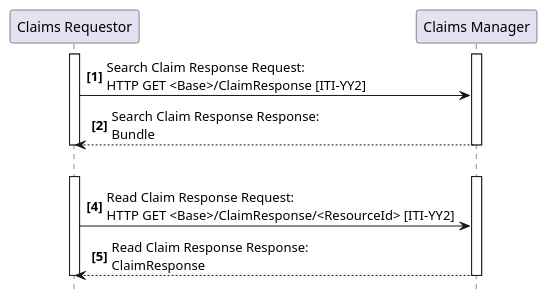
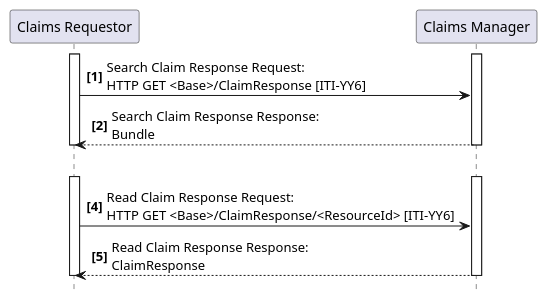
Before and after one commit to IHE/ITI.Finance: the diagram in input/images-source/ITI-YY6-seq.plantuml, drawn with PlantUML.

Commit message:
Update ITI-YY6-seq.plantuml
typos

```diff
--- a/input/images-source/ITI-YY6-seq.plantuml
+++ b/input/images-source/ITI-YY6-seq.plantuml
@@ -1,22 +1,22 @@
 @startuml
 skinparam svgDimensionStyle false
 hide footbox
 autonumber "<b>[0]"
 participant "Claims Requestor" as Req
 participant "Claims Manager" as Man
 activate Req
 activate Man
-Req -> Man : Search Claim Response Request:\nHTTP GET <Base>/ClaimResponse [ITI-YY2]
+Req -> Man : Search Claim Response Request:\nHTTP GET <Base>/ClaimResponse [ITI-YY6]
 Man --> Req : Search Claim Response Response:\nBundle
 deactivate Man
 deactivate Req
 
 Req -[hidden]> Man
 activate Req
 activate Man 
-Req -> Man : Read Claim Response Request:\nHTTP GET <Base>/ClaimResponse/<ResourceId> [ITI-YY2]
+Req -> Man : Read Claim Response Request:\nHTTP GET <Base>/ClaimResponse/<ResourceId> [ITI-YY6]
 Man --> Req : Read Claim Response Response:\nClaimResponse
 deactivate Man
 deactivate Req
 
 @enduml
```
